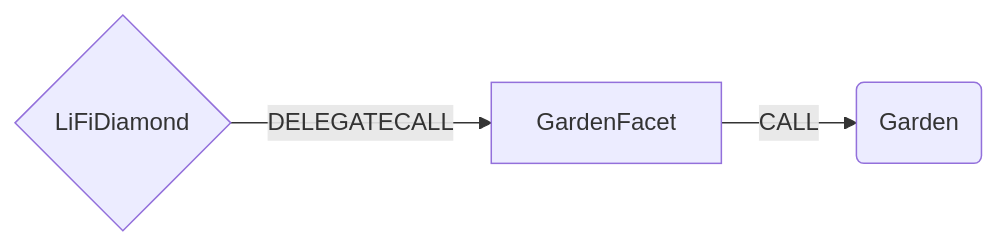
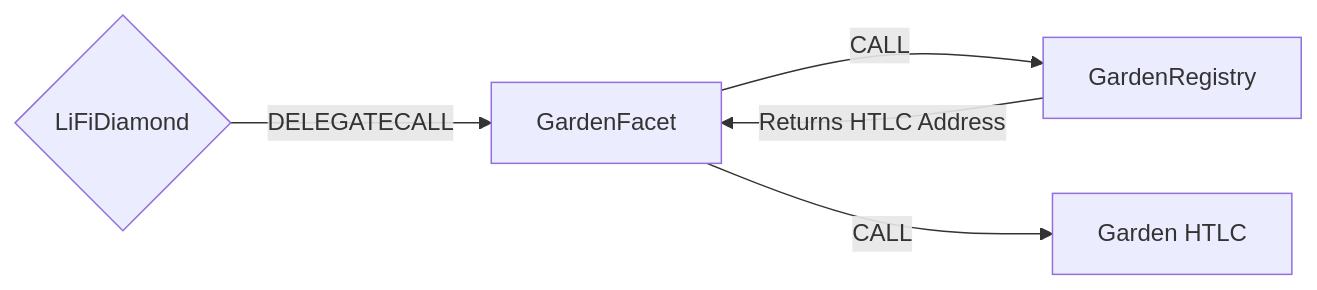
One commit to lifinance/contracts changed the diagram in docs/GardenFacet.md. Above: the diagram before and after it, drawn with Mermaid. The commit also changed other lines of this file, not shown here.

````diff
--- a/docs/GardenFacet.md
+++ b/docs/GardenFacet.md
@@ -7,5 +9,7 @@
 ```mermaid
 graph LR;
     D{LiFiDiamond}-- DELEGATECALL -->GardenFacet;
-    GardenFacet -- CALL --> C(Garden)
+    GardenFacet -- CALL --> R[GardenRegistry]
+    R -- Returns HTLC Address --> GardenFacet
+    GardenFacet -- CALL --> H[Garden HTLC]
 ```
````
